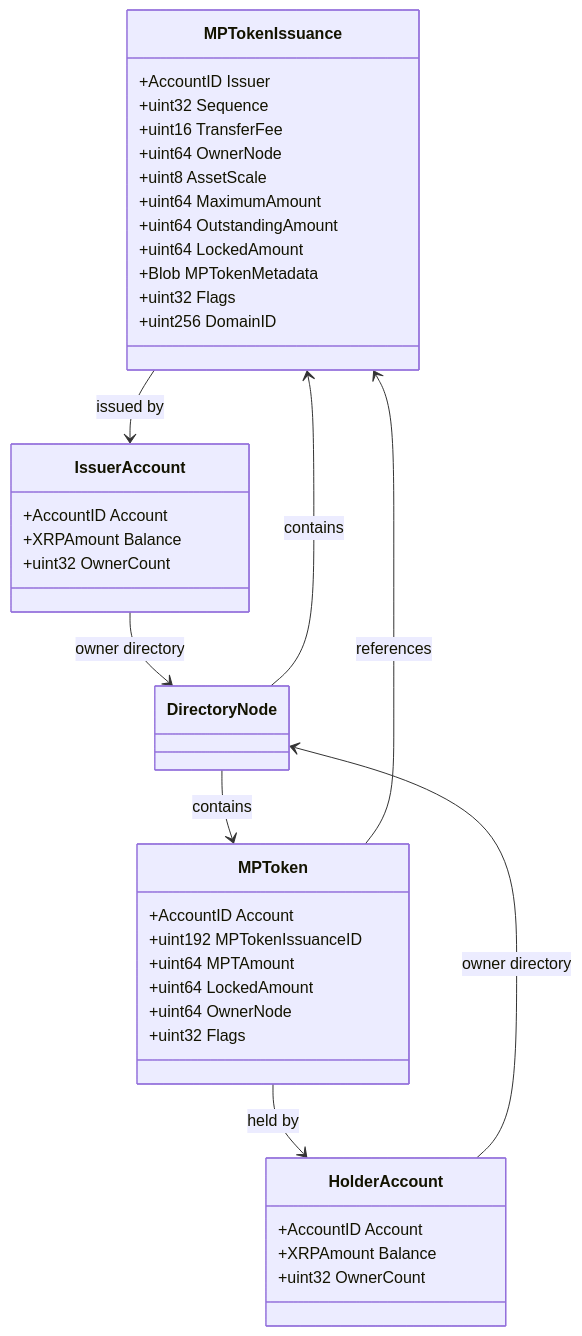
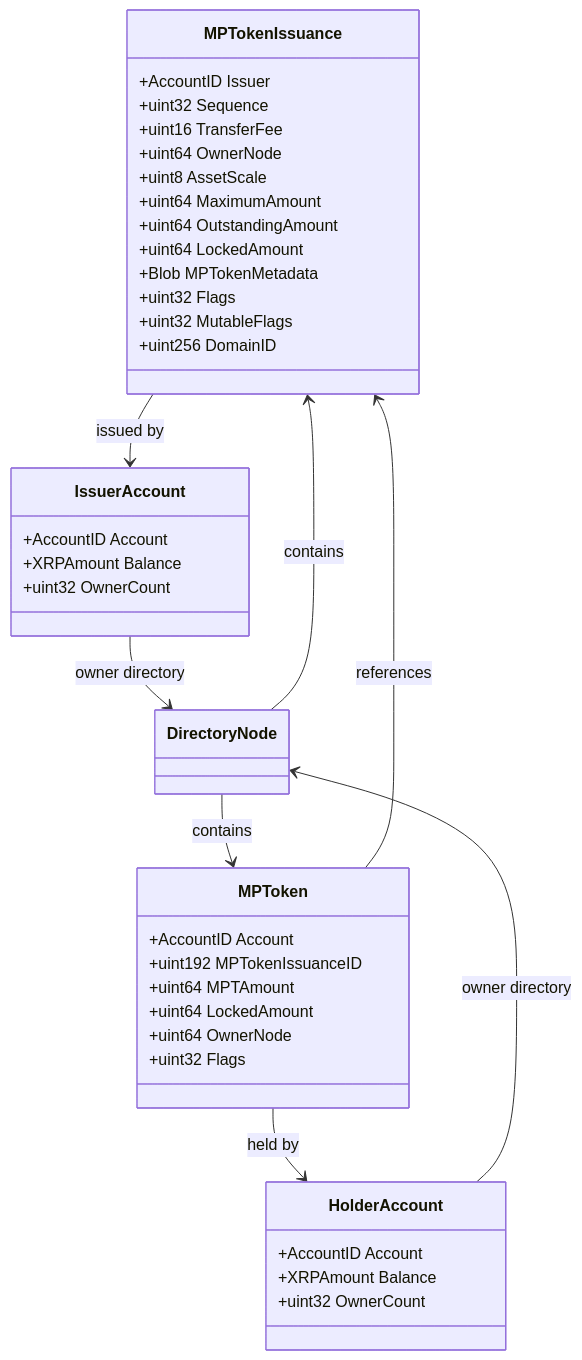
The first of 4 diagrams in docs/mpts/README.md (commonprefix/payment-system-docs), drawn with Mermaid before and after one commit. The commit also changed other lines of this file, not shown here.

````diff
--- a/docs/mpts/README.md
+++ b/docs/mpts/README.md
@@ -71,48 +71,49 @@
 ```mermaid
 classDiagram
     class MPTokenIssuance {
         +AccountID Issuer
         +uint32 Sequence
         +uint16 TransferFee
         +uint64 OwnerNode
         +uint8 AssetScale
         +uint64 MaximumAmount
         +uint64 OutstandingAmount
         +uint64 LockedAmount
         +Blob MPTokenMetadata
         +uint32 Flags
+        +uint32 MutableFlags
         +uint256 DomainID
     }
 
     class MPToken {
         +AccountID Account
         +uint192 MPTokenIssuanceID
         +uint64 MPTAmount
         +uint64 LockedAmount
         +uint64 OwnerNode
         +uint32 Flags
     }
 
     class IssuerAccount {
         +AccountID Account
         +XRPAmount Balance
         +uint32 OwnerCount
     }
 
     class HolderAccount {
         +AccountID Account
         +XRPAmount Balance
         +uint32 OwnerCount
     }
 
     class DirectoryNode {
     }
 
     MPTokenIssuance --> IssuerAccount : issued by
     MPToken --> HolderAccount : held by
     MPToken --> MPTokenIssuance : references
     IssuerAccount --> DirectoryNode : owner directory
     HolderAccount --> DirectoryNode : owner directory
     DirectoryNode --> MPTokenIssuance : contains
     DirectoryNode --> MPToken : contains
 ```
````
